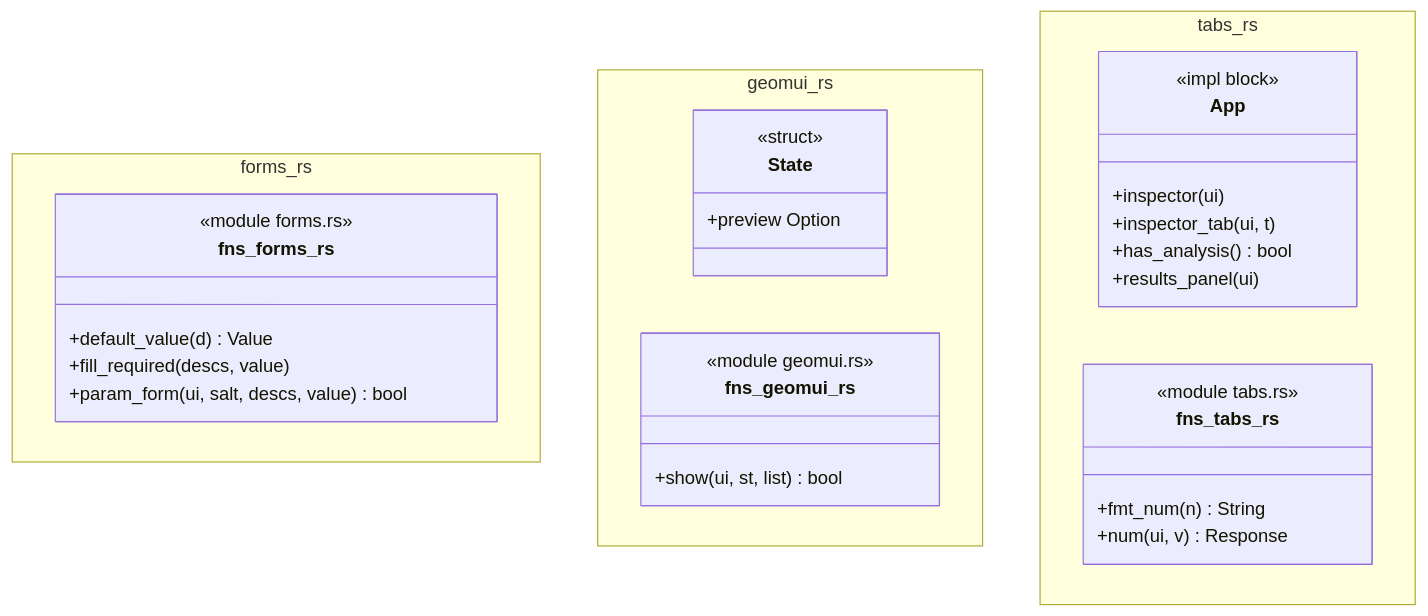
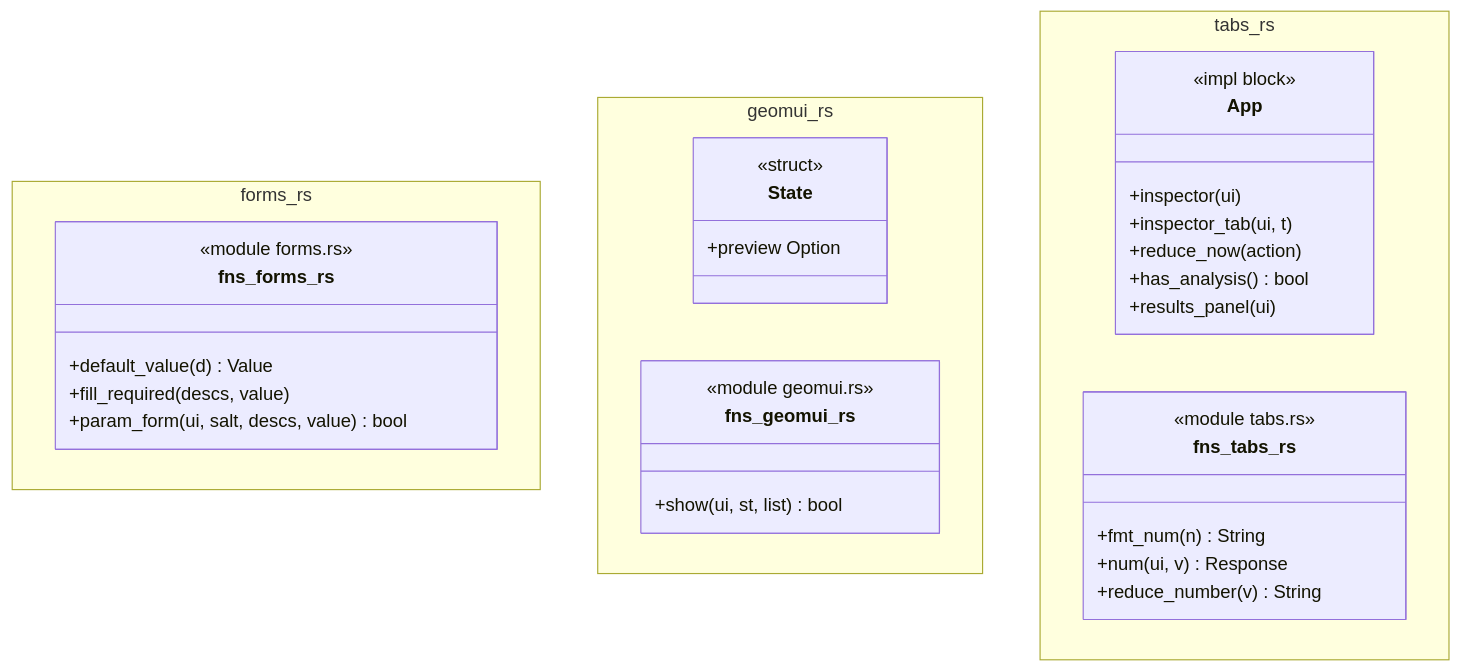
One commit to p-j-r/nyx changed the diagram in docs/architecture/c4/4-code/app/inspector.md. Above: the diagram before and after it, drawn with Mermaid. The commit also changed other lines of this file and 61 other files, not shown here.

````diff
--- a/docs/architecture/c4/4-code/app/inspector.md
+++ b/docs/architecture/c4/4-code/app/inspector.md
@@ -37,35 +37,37 @@
 ```mermaid
 classDiagram
   namespace forms_rs {
     class fns_forms_rs {
         <<module forms.rs>>
         +default_value(d) Value
         +fill_required(descs, value)
         +param_form(ui, salt, descs, value) bool
     }
   }
   namespace geomui_rs {
     class State {
         <<struct>>
         +preview Option
     }
     class fns_geomui_rs {
         <<module geomui.rs>>
         +show(ui, st, list) bool
     }
   }
   namespace tabs_rs {
     class App {
         <<impl block>>
         +inspector(ui)
         +inspector_tab(ui, t)
+        +reduce_now(action)
         +has_analysis() bool
         +results_panel(ui)
     }
     class fns_tabs_rs {
         <<module tabs.rs>>
         +fmt_num(n) String
         +num(ui, v) Response
+        +reduce_number(v) String
     }
   }
 ```
````
